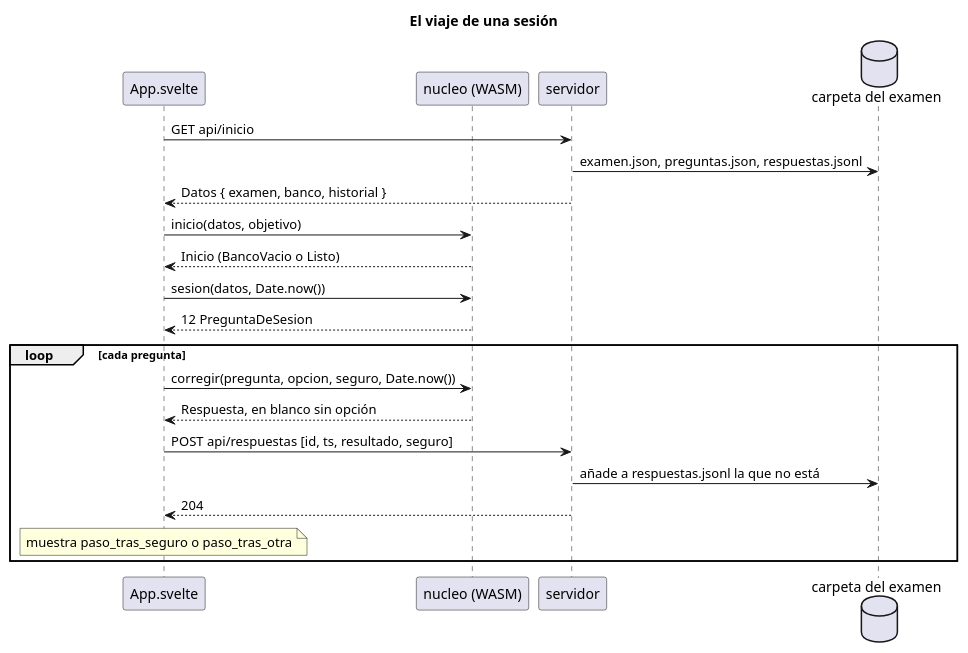
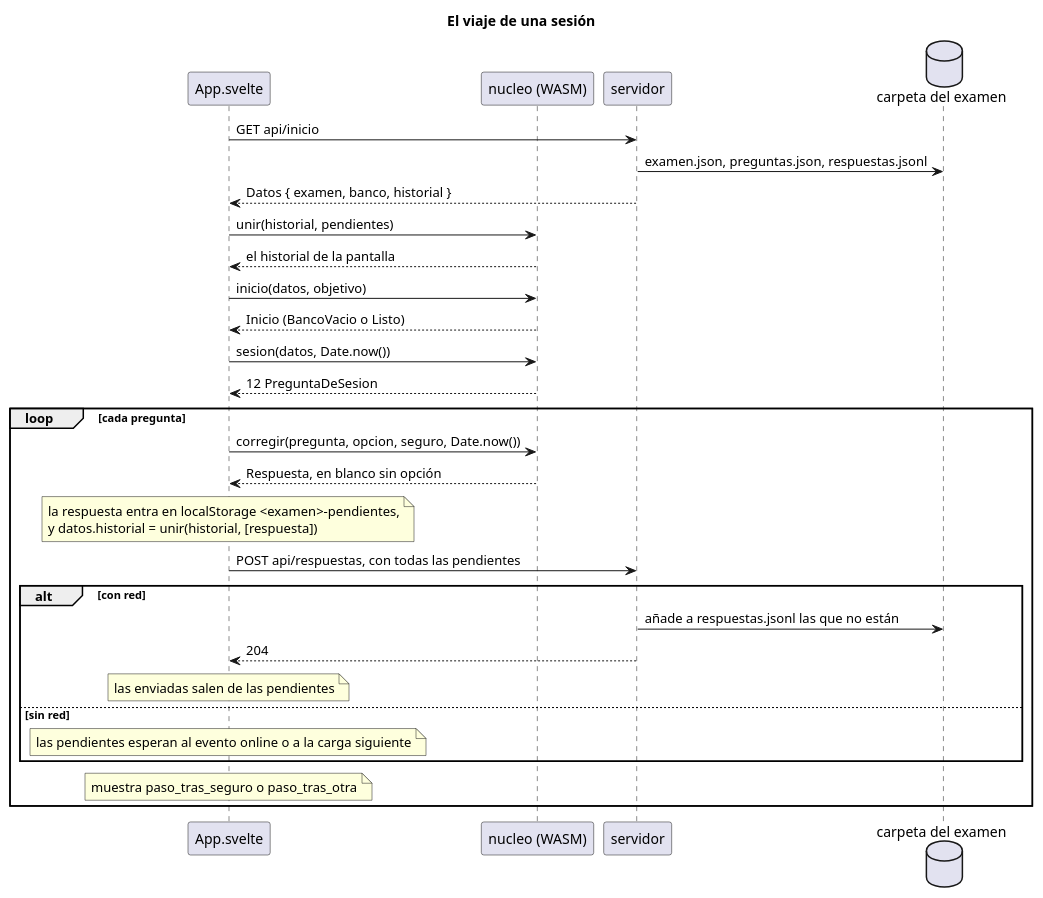
The third of 4 diagrams in docs/el-diagrama.puml (jfdg01/examenes), drawn with PlantUML before and after one commit. The commit also changed other lines of this file, not shown here.

Commit message:
docs: el diagrama lleva las respuestas sin red
Claude-Session: https://claude.ai/code/session_01H2CpDhbgy9yBNFceBy5SeG

```diff
--- a/docs/el-diagrama.puml
+++ b/docs/el-diagrama.puml
@@ -287,27 +291,35 @@
 @startuml el-viaje-de-una-sesion
 skinparam shadowing false
 title El viaje de una sesión
 
 participant "App.svelte" as App
 participant "nucleo (WASM)" as N
 participant servidor as S
 database "carpeta del examen" as C
 
 App -> S : GET api/inicio
 S -> C : examen.json, preguntas.json, respuestas.jsonl
 S --> App : Datos { examen, banco, historial }
+App -> N : unir(historial, pendientes)
+N --> App : el historial de la pantalla
 App -> N : inicio(datos, objetivo)
 N --> App : Inicio (BancoVacio o Listo)
 
 App -> N : sesion(datos, Date.now())
 N --> App : 12 PreguntaDeSesion
 
 loop cada pregunta
   App -> N : corregir(pregunta, opcion, seguro, Date.now())
   N --> App : Respuesta, en blanco sin opción
-  App -> S : POST api/respuestas [id, ts, resultado, seguro]
-  S -> C : añade a respuestas.jsonl la que no está
-  S --> App : 204
+  note over App : la respuesta entra en localStorage <examen>-pendientes,\ny datos.historial = unir(historial, [respuesta])
+  App -> S : POST api/respuestas, con todas las pendientes
+  alt con red
+    S -> C : añade a respuestas.jsonl las que no están
+    S --> App : 204
+    note over App : las enviadas salen de las pendientes
+  else sin red
+    note over App : las pendientes esperan al evento online o a la carga siguiente
+  end
   note over App : muestra paso_tras_seguro o paso_tras_otra
 end
 @enduml
```
